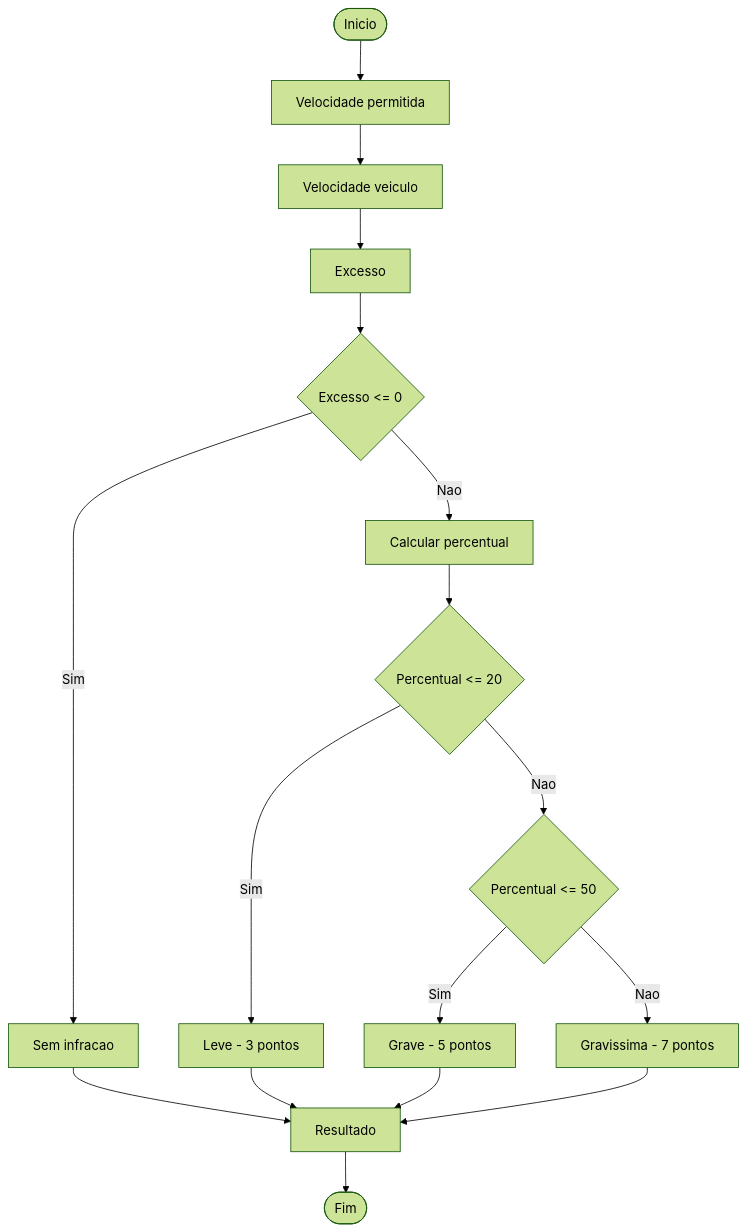
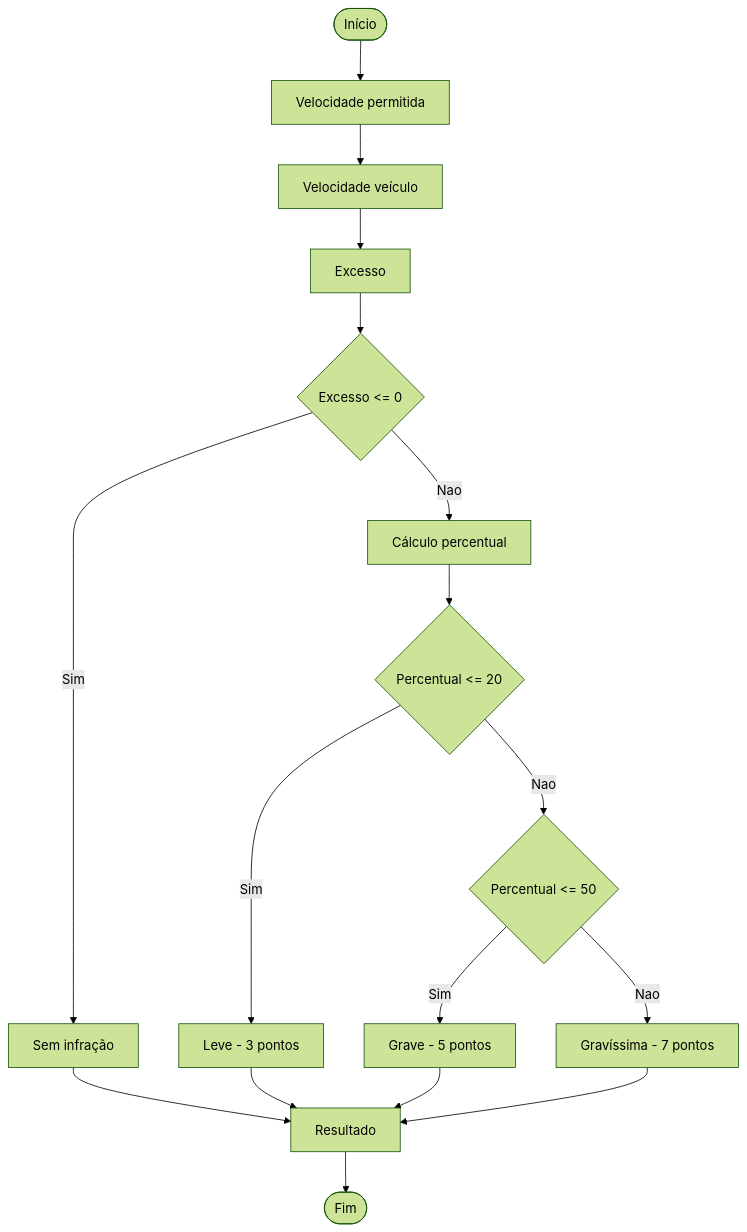
Before and after one commit to Angela-Leao/Entrega-de-atividades-Fatec: the diagram in Diagramas P1 Cação/Pontuação de  motorista.md, drawn with Mermaid (forest theme).

Commit message:
Update Pontuação de  motorista.md

````diff
--- a/Diagramas P1 Cação/Pontuação de  motorista.md
+++ b/Diagramas P1 Cação/Pontuação de  motorista.md
@@ -2,25 +2,25 @@
 ```mermaid
 
 flowchart TD
-    A([Inicio]) --> B[Velocidade permitida]
-    B --> C[Velocidade veiculo]
+    A([Início]) --> B[Velocidade permitida]
+    B --> C[Velocidade veículo]
     C --> D[Excesso]
 
     D --> E{Excesso <= 0}
-    E -- Sim --> F[Sem infracao]
-    E -- Nao --> G[Calcular percentual]
+    E -- Sim --> F[Sem infração]
+    E -- Nao --> G[Cálculo percentual]
 
     G --> H{Percentual <= 20}
     H -- Sim --> I[Leve - 3 pontos]
     H -- Nao --> J{Percentual <= 50}
 
     J -- Sim --> K[Grave - 5 pontos]
-    J -- Nao --> L[Gravissima - 7 pontos]
+    J -- Nao --> L[Gravíssima - 7 pontos]
 
     F --> M[Resultado]
     I --> M
     K --> M
     L --> M
 
     M --> N([Fim])
 ```
````
